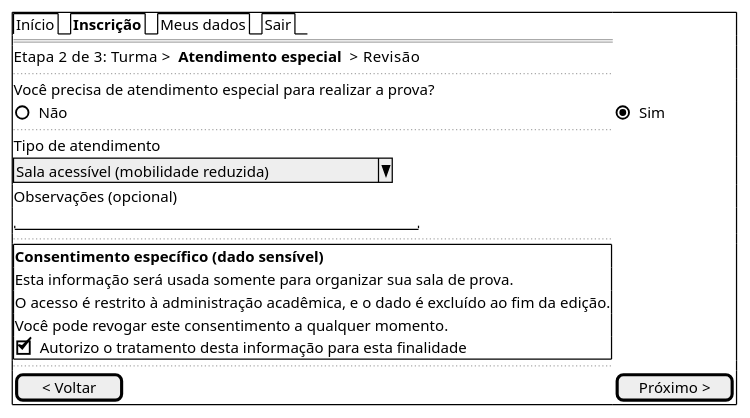
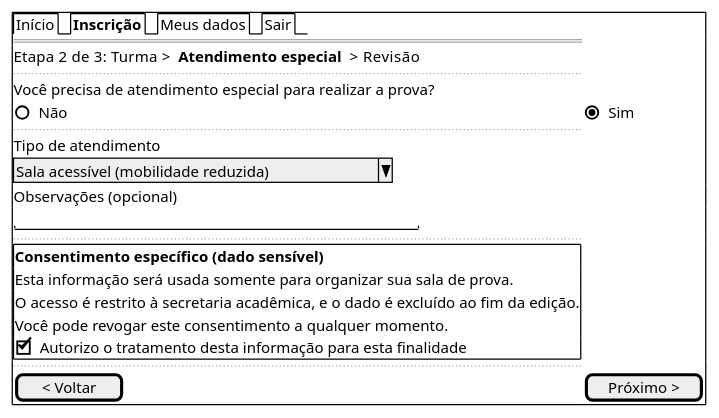
One commit to Projetos-de-Extensao/PECDII_26.2_8003_I changed the fifth of 19 diagrams in docs/Iniciacao/prototipo_baixa_fidelidade.md. Above: the diagram before and after it, drawn with PlantUML. The commit also changed other lines of this file and 19 other files, not shown here.

````diff
--- a/docs/Iniciacao/prototipo_baixa_fidelidade.md
+++ b/docs/Iniciacao/prototipo_baixa_fidelidade.md
@@ -171,27 +171,27 @@
 ```plantuml
 @startsalt
 {+
   {/ Início | <b>Inscrição | Meus dados | Sair }
   ==
   Etapa 2 de 3: Turma  >  <b>Atendimento especial</b>  >  Revisão
   ..
   Você precisa de atendimento especial para realizar a prova?
   () Não   | (X) Sim
   ..
   Tipo de atendimento
   ^Sala acessível (mobilidade reduzida)^
   Observações (opcional)
   "                                        "
   ..
   {+
     <b>Consentimento específico (dado sensível)
     Esta informação será usada somente para organizar sua sala de prova.
-    O acesso é restrito à administração acadêmica, e o dado é excluído ao fim da edição.
+    O acesso é restrito à secretaria acadêmica, e o dado é excluído ao fim da edição.
     Você pode revogar este consentimento a qualquer momento.
     [X] Autorizo o tratamento desta informação para esta finalidade
   }
   ..
   [ < Voltar ] | [ Próximo > ]
 }
 @endsalt
 ```
````
